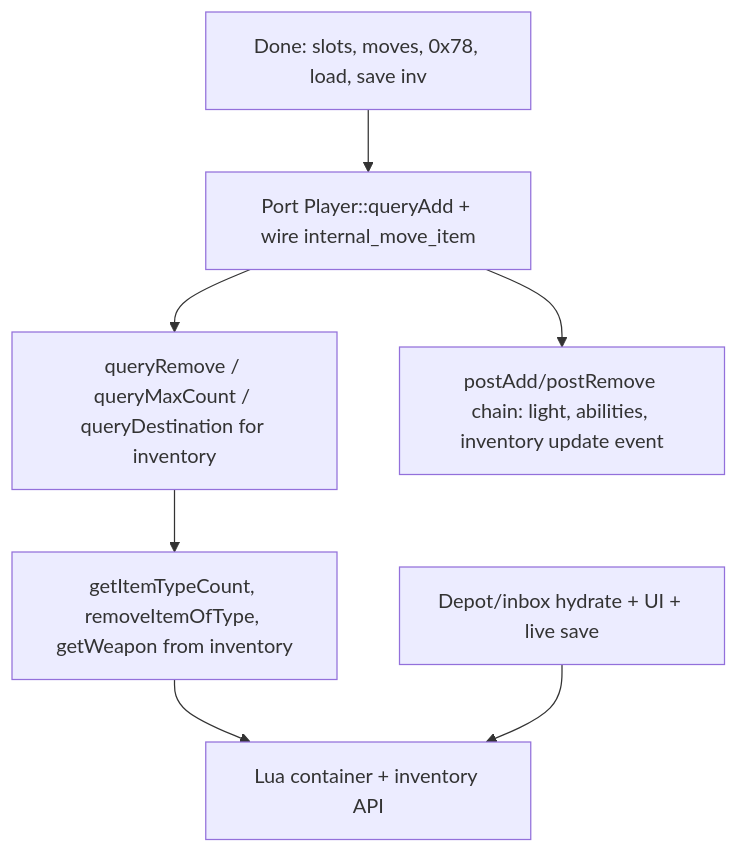
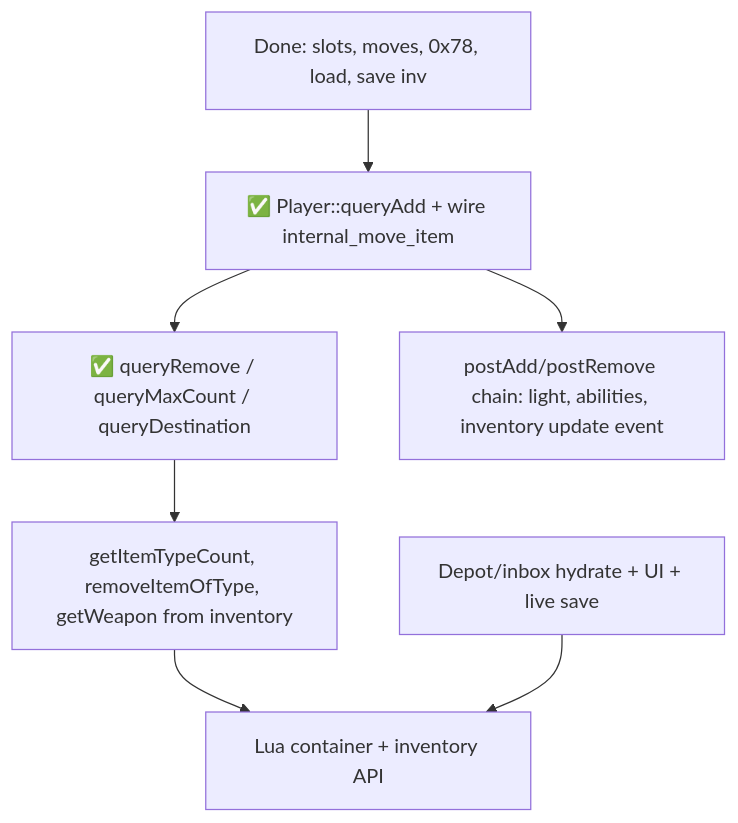
Before and after one commit to Tezoze/TFS-RUST: the diagram in docs/INVENTORY_STATUS.md, drawn with Mermaid. The commit also changed other lines of this file and 5 other files, not shown here.

First line of the commit message:
feat(inventory): port P1 player cylinder queries and fix move edge cases.

````diff
--- a/docs/INVENTORY_STATUS.md
+++ b/docs/INVENTORY_STATUS.md
@@ -232,16 +237,16 @@
 ```mermaid
 flowchart TD
     done[Done: slots, moves, 0x78, load, save inv]
-    p0[Port Player::queryAdd + wire internal_move_item]
-    p1[queryRemove / queryMaxCount / queryDestination for inventory]
+    p0[✅ Player::queryAdd + wire internal_move_item]
+    p1[✅ queryRemove / queryMaxCount / queryDestination]
     p2[postAdd/postRemove chain: light, abilities, inventory update event]
     p3[getItemTypeCount, removeItemOfType, getWeapon from inventory]
     p4[Depot/inbox hydrate + UI + live save]
     p5[Lua container + inventory API]
     done --> p0
     p0 --> p1
     p0 --> p2
     p1 --> p3
     p3 --> p5
     p4 --> p5
 ```
````
